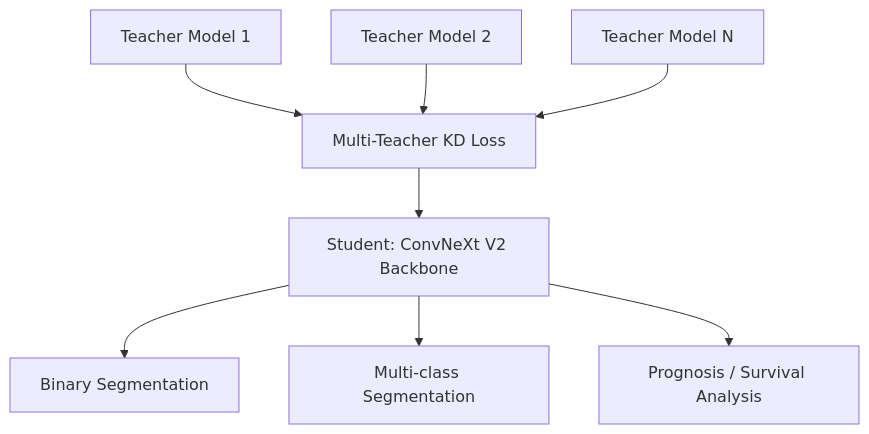
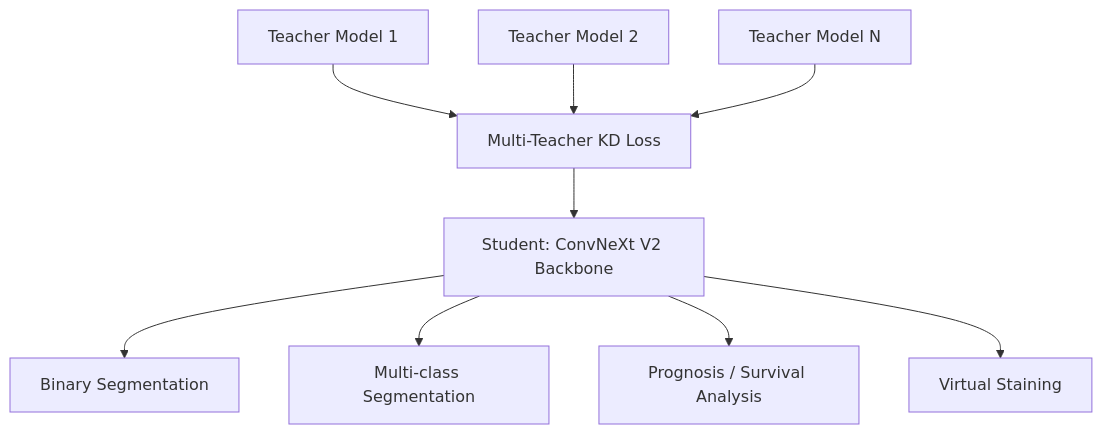
One commit to PUMCH-Liang-lab/pandora changed the diagram in README.md. Above: the diagram before and after it, drawn with Mermaid. The commit also changed other lines of this file and 2 other files, not shown here.

````diff
--- a/README.md
+++ b/README.md
@@ -25,10 +25,11 @@
 ```mermaid
 flowchart TD
     T1[Teacher Model 1] --> KD
     T2[Teacher Model 2] --> KD
     T3[Teacher Model N] --> KD
     KD[Multi-Teacher KD Loss] --> S[Student: ConvNeXt V2 Backbone]
     S --> B[Binary Segmentation]
     S --> M[Multi-class Segmentation]
     S --> P[Prognosis / Survival Analysis]
+    S --> V[Virtual Staining]
 ```
````
